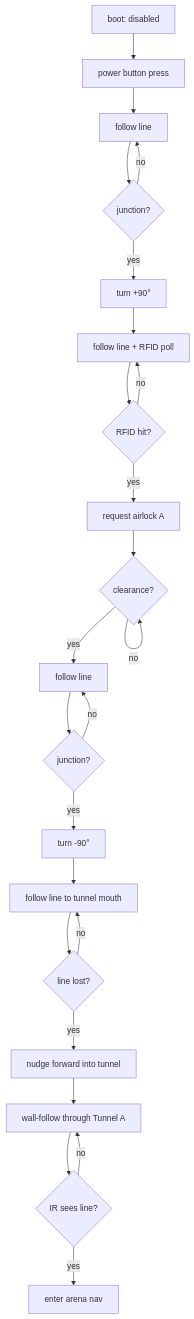
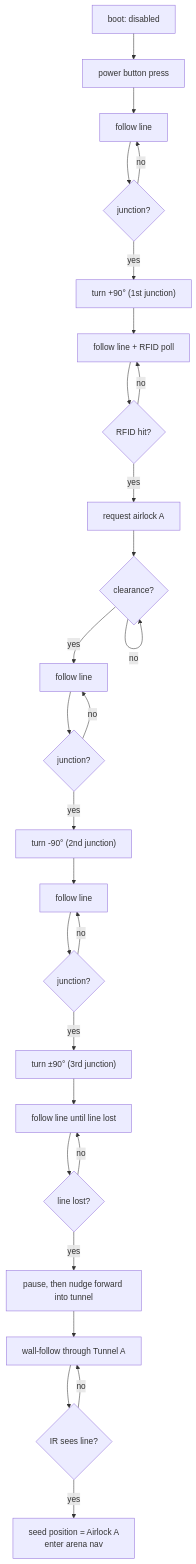
Before and after one commit to Stanleyhoo1/Robotics-Challenge: the fourth of 11 diagrams in docs/flowcharts.md, drawn with Mermaid. The commit also changed other lines of this file and 2 other files, not shown here.

````diff
--- a/docs/flowcharts.md
+++ b/docs/flowcharts.md
@@ -79,26 +79,30 @@
 ```mermaid
 flowchart TD
     A["boot: disabled"] --> B["power button press"]
     B --> C["follow line"]
     C --> D{"junction?"}
     D -->|no| C
-    D -->|yes| E["turn +90°"]
+    D -->|yes| E["turn +90° (1st junction)"]
     E --> F["follow line + RFID poll"]
     F --> G{"RFID hit?"}
     G -->|no| F
     G -->|yes| H["request airlock A"]
     H --> I{"clearance?"}
     I -->|no| I
     I -->|yes| J["follow line"]
     J --> K{"junction?"}
     K -->|no| J
-    K -->|yes| L["turn -90°"]
-    L --> M["follow line to tunnel mouth"]
-    M --> N{"line lost?"}
+    K -->|yes| L["turn -90° (2nd junction)"]
+    L --> M["follow line"]
+    M --> N{"junction?"}
     N -->|no| M
-    N -->|yes| O["nudge forward into tunnel"]
-    O --> P["wall-follow through Tunnel A"]
-    P --> Q{"IR sees line?"}
+    N -->|yes| O["turn ±90° (3rd junction)"]
+    O --> P["follow line until line lost"]
+    P --> Q{"line lost?"}
     Q -->|no| P
-    Q -->|yes| R["enter arena nav"]
+    Q -->|yes| R["pause, then nudge forward into tunnel"]
+    R --> S["wall-follow through Tunnel A"]
+    S --> T{"IR sees line?"}
+    T -->|no| S
+    T -->|yes| U["seed position = Airlock A<br/>enter arena nav"]
 ```
````
